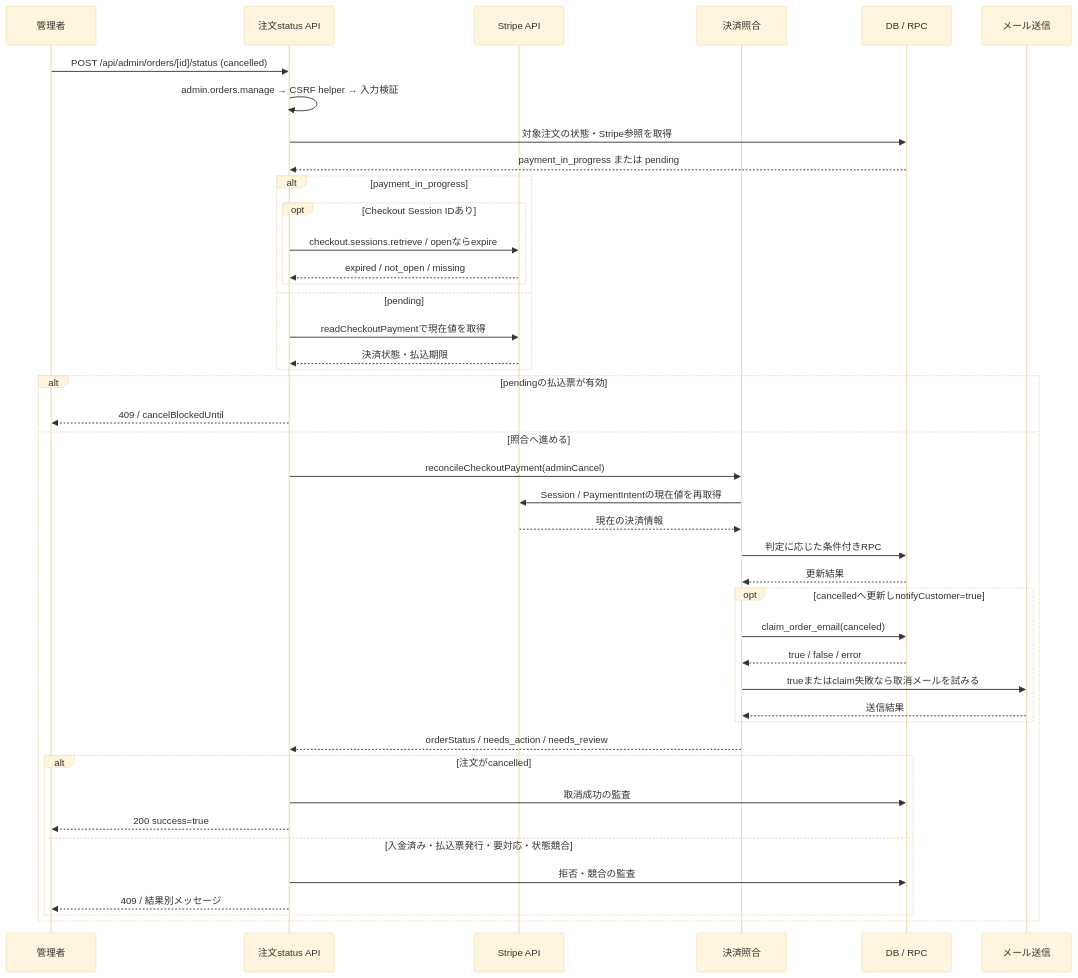
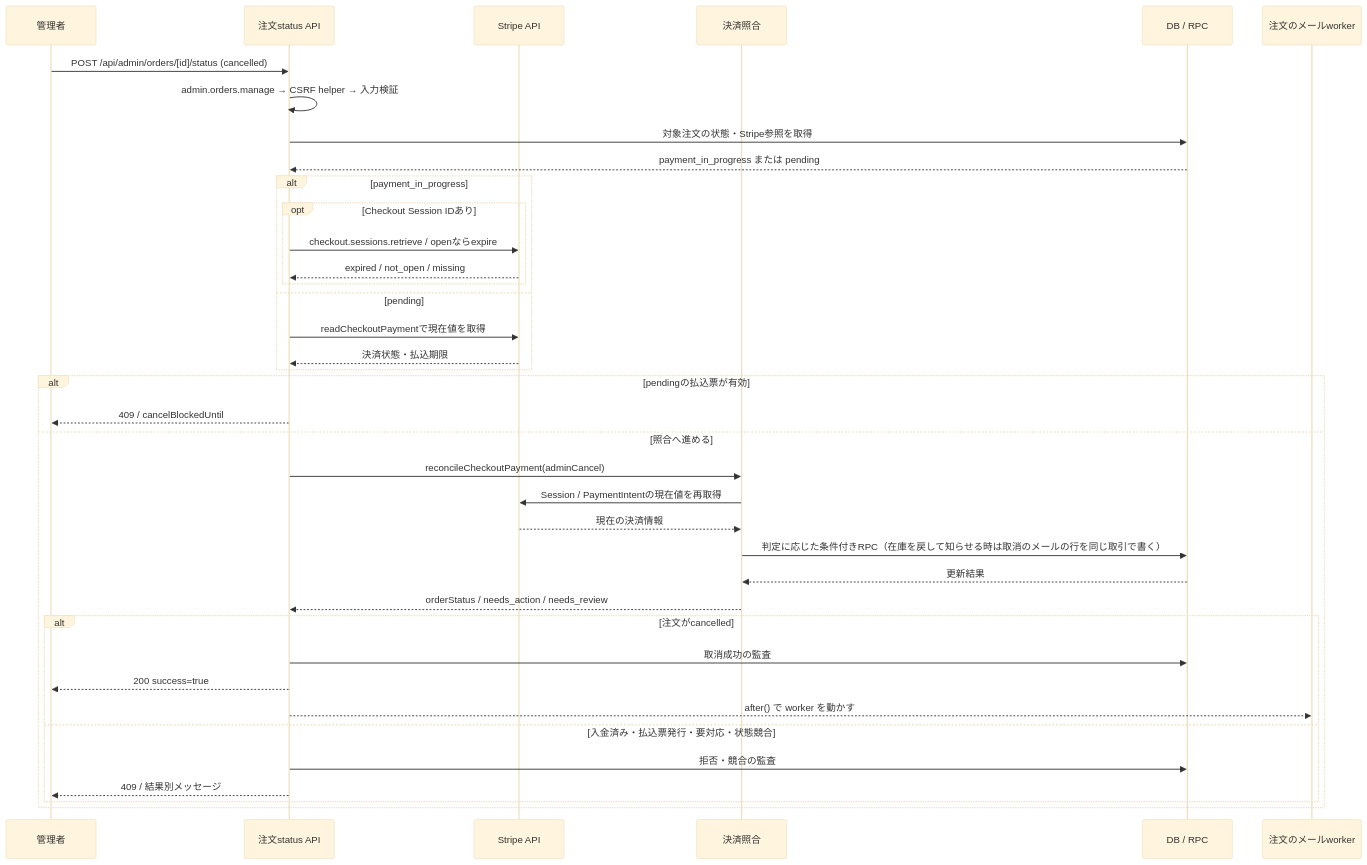
One commit to ChocoWork/o_official changed the first of 5 diagrams in docs/04_DetailDesign/sequence/order-administration.md. Above: the diagram before and after it, drawn with Mermaid (base theme). The commit also changed other lines of this file and 15 other files, not shown here.

````diff
--- a/docs/04_DetailDesign/sequence/order-administration.md
+++ b/docs/04_DetailDesign/sequence/order-administration.md
@@ -45,45 +45,40 @@
 ```mermaid
 sequenceDiagram
     participant Admin as 管理者
     participant API as 注文status API
     participant Stripe as Stripe API
     participant Reconcile as 決済照合
     participant DB as DB / RPC
-    participant Mail as メール送信
+    participant Mail as 注文のメールworker
     Admin->>API: POST /api/admin/orders/[id]/status (cancelled)
     API->>API: admin.orders.manage → CSRF helper → 入力検証
     API->>DB: 対象注文の状態・Stripe参照を取得
     DB-->>API: payment_in_progress または pending
     alt payment_in_progress
         opt Checkout Session IDあり
             API->>Stripe: checkout.sessions.retrieve / openならexpire
             Stripe-->>API: expired / not_open / missing
         end
     else pending
         API->>Stripe: readCheckoutPaymentで現在値を取得
         Stripe-->>API: 決済状態・払込期限
     end
     alt pendingの払込票が有効
         API-->>Admin: 409 / cancelBlockedUntil
     else 照合へ進める
         API->>Reconcile: reconcileCheckoutPayment(adminCancel)
         Reconcile->>Stripe: Session / PaymentIntentの現在値を再取得
         Stripe-->>Reconcile: 現在の決済情報
-        Reconcile->>DB: 判定に応じた条件付きRPC
+        Reconcile->>DB: 判定に応じた条件付きRPC（在庫を戻して知らせる時は取消のメールの行を同じ取引で書く）
         DB-->>Reconcile: 更新結果
-        opt cancelledへ更新しnotifyCustomer=true
-            Reconcile->>DB: claim_order_email(canceled)
-            DB-->>Reconcile: true / false / error
-            Reconcile->>Mail: trueまたはclaim失敗なら取消メールを試みる
-            Mail-->>Reconcile: 送信結果
-        end
         Reconcile-->>API: orderStatus / needs_action / needs_review
         alt 注文がcancelled
             API->>DB: 取消成功の監査
             API-->>Admin: 200 success=true
+            API-->>Mail: after() で worker を動かす
         else 入金済み・払込票発行・要対応・状態競合
             API->>DB: 拒否・競合の監査
             API-->>Admin: 409 / 結果別メッセージ
         end
     end
 ```
````
